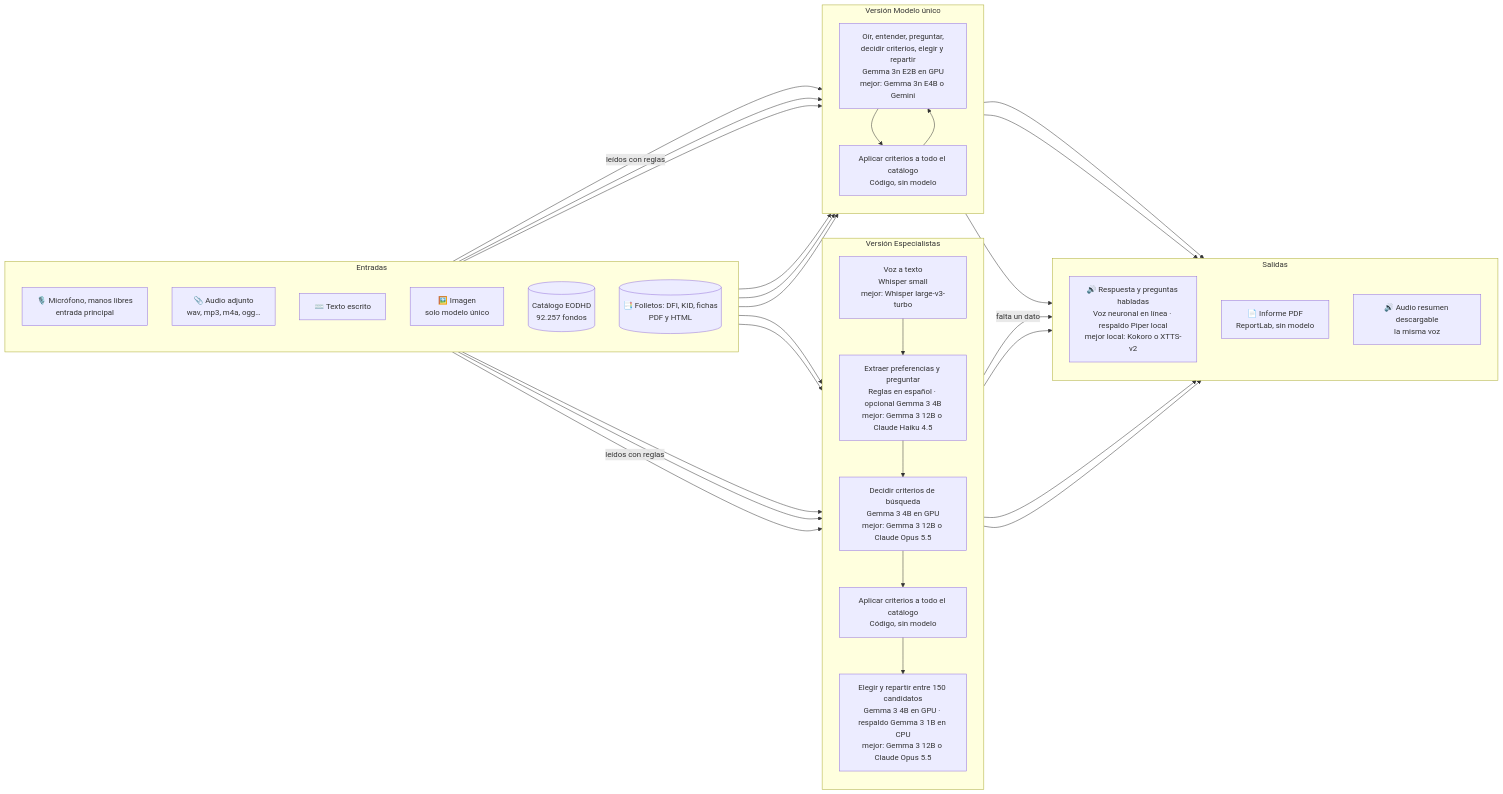
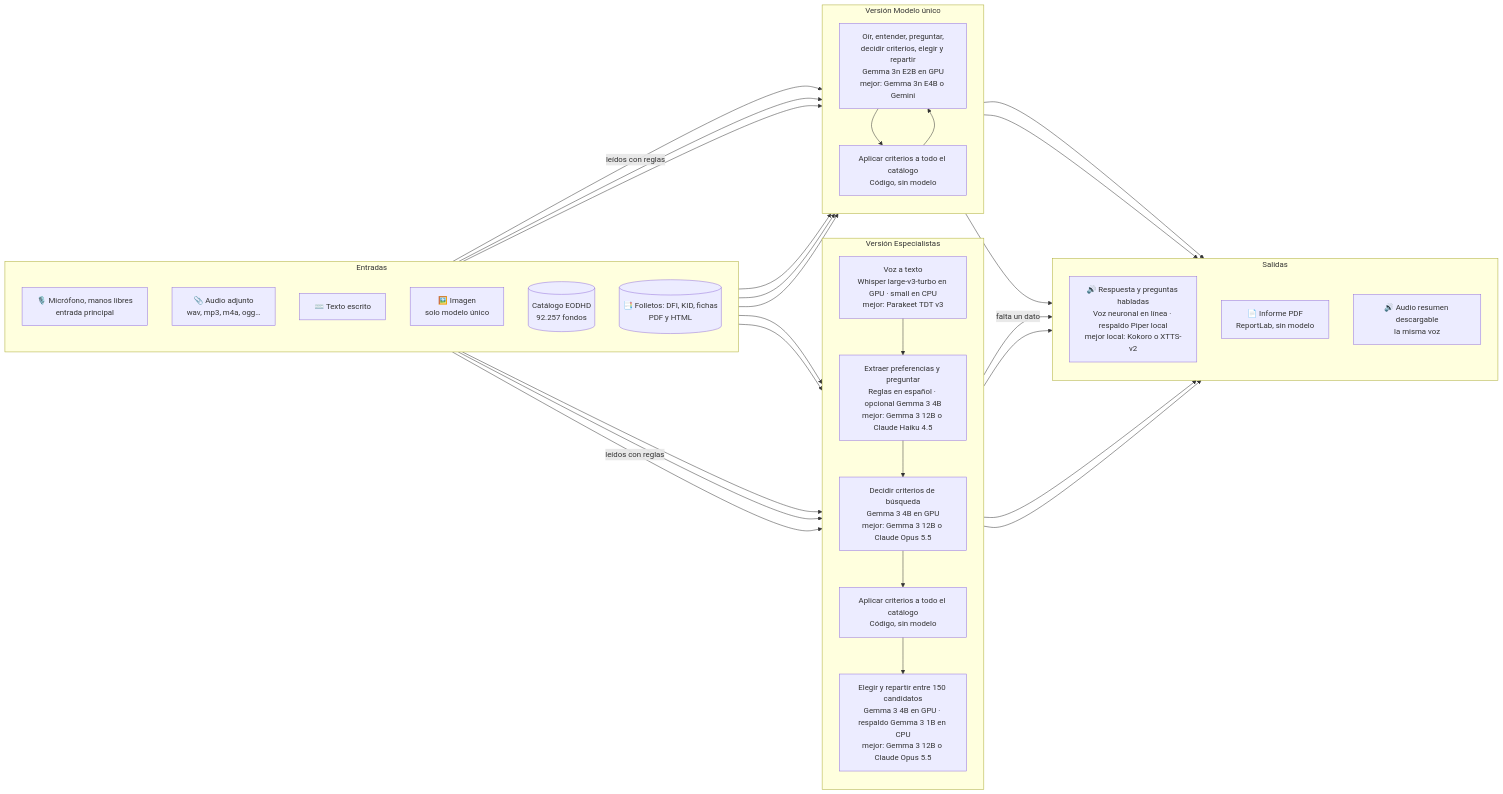
Before and after one commit to NataliaSJO/Taller_B5_T4_Multimodales: the second of 3 diagrams in README.md, drawn with Mermaid. The commit also changed other lines of this file and 16 other files, not shown here.

First line of the commit message:
Whisper en GPU, reparto según objetivo, capturas y parte de negocio en el README

````diff
--- a/README.md
+++ b/README.md
@@ -78,55 +127,55 @@
 ```mermaid
 flowchart LR
     subgraph IN[Entradas]
         direction TB
         I1[🎙️ Micrófono, manos libres<br/>entrada principal]
         I2[📎 Audio adjunto<br/>wav, mp3, m4a, ogg…]
         I3[⌨️ Texto escrito]
         I4[🖼️ Imagen<br/>solo modelo único]
         I5[(Catálogo EODHD<br/>92.257 fondos)]
         I6[(📑 Folletos: DFI, KID, fichas<br/>PDF y HTML)]
     end
 
     subgraph ESP[Versión Especialistas]
         direction TB
-        E1[Voz a texto<br/>Whisper small<br/>mejor: Whisper large-v3-turbo]
+        E1[Voz a texto<br/>Whisper large-v3-turbo en GPU · small en CPU<br/>mejor: Parakeet TDT v3]
         E2[Extraer preferencias y preguntar<br/>Reglas en español · opcional Gemma 3 4B<br/>mejor: Gemma 3 12B o Claude Haiku 4.5]
         E3[Decidir criterios de búsqueda<br/>Gemma 3 4B en GPU<br/>mejor: Gemma 3 12B o Claude Opus 5.5]
         E4[Aplicar criterios a todo el catálogo<br/>Código, sin modelo]
         E5[Elegir y repartir entre 150 candidatos<br/>Gemma 3 4B en GPU · respaldo Gemma 3 1B en CPU<br/>mejor: Gemma 3 12B o Claude Opus 5.5]
         E1 --> E2 --> E3 --> E4 --> E5
     end
 
     subgraph UNI[Versión Modelo único]
         direction TB
         U1[Oír, entender, preguntar,<br/>decidir criterios, elegir y repartir<br/>Gemma 3n E2B en GPU<br/>mejor: Gemma 3n E4B o Gemini]
         U2[Aplicar criterios a todo el catálogo<br/>Código, sin modelo]
         U1 --> U2 --> U1
     end
 
     subgraph OUT[Salidas]
         direction TB
         O1[🔊 Respuesta y preguntas habladas<br/>Voz neuronal en línea · respaldo Piper local<br/>mejor local: Kokoro o XTTS-v2]
         O2[📄 Informe PDF<br/>ReportLab, sin modelo]
         O3[🔊 Audio resumen descargable<br/>la misma voz]
     end
 
     I1 --> E1
     I2 --> E1
     I3 --> E2
     I5 --> E4
     I6 -- leídos con reglas --> E4
     I6 -- leídos con reglas --> U2
     I1 --> U1
     I2 --> U1
     I3 --> U1
     I4 --> U1
     I5 --> U2
     E2 -- falta un dato --> O1
     E5 --> O1
     E5 --> O2
     E5 --> O3
     U1 --> O1
     U1 --> O2
     U1 --> O3
 ```
````
